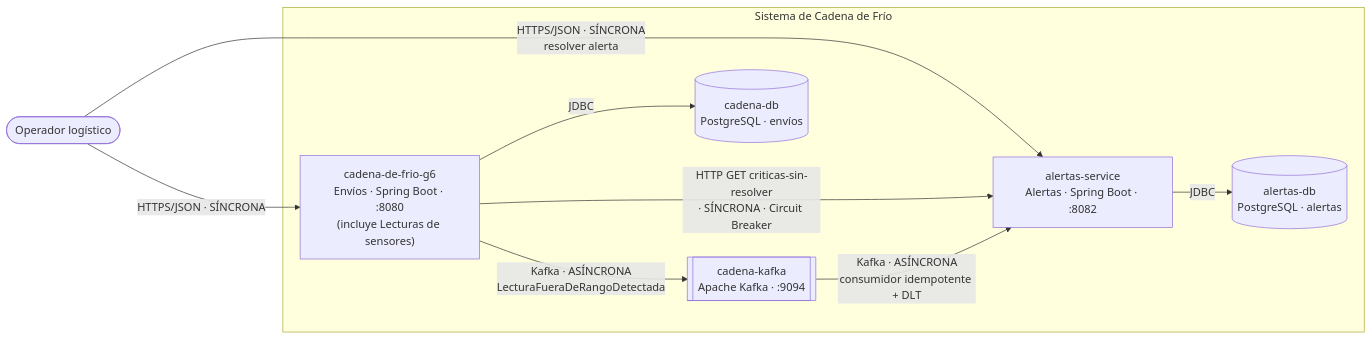
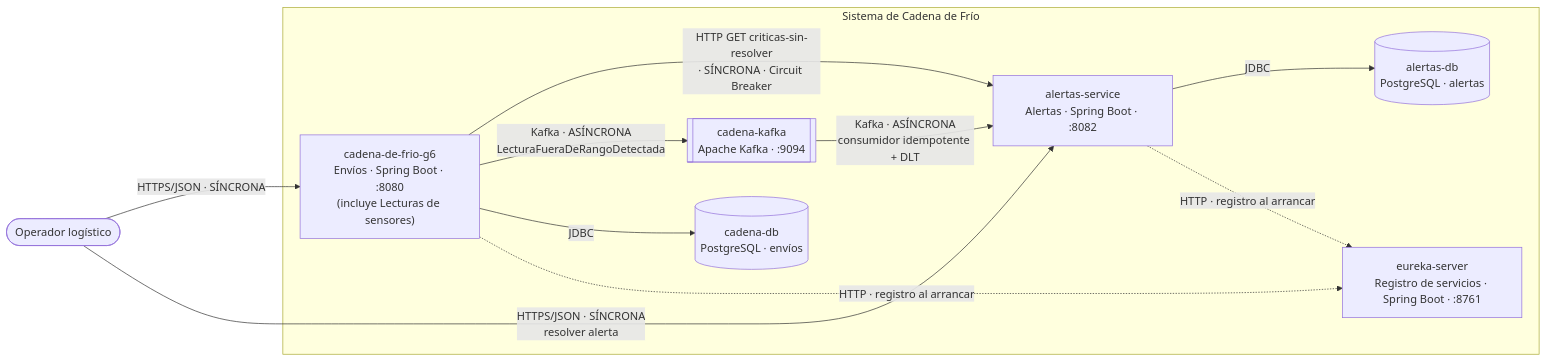
The diagram in Docs/ARQUITECTURA.md (dazasantiago/Proyecto-SWII_Cadena-de-Frio), drawn with Mermaid before and after one commit. The commit also changed other lines of this file and 2 other files, not shown here.

Commit message:
docs: Eureka en ARQUITECTURA, README y CI

````diff
--- a/Docs/ARQUITECTURA.md
+++ b/Docs/ARQUITECTURA.md
@@ -56,20 +59,23 @@
 ```mermaid
 flowchart LR
     operador([Operador logístico])
 
     subgraph sistema [Sistema de Cadena de Frío]
         envios["cadena-de-frio-g6<br/>Envíos · Spring Boot · :8080<br/>(incluye Lecturas de sensores)"]
         alertas["alertas-service<br/>Alertas · Spring Boot · :8082"]
+        eureka["eureka-server<br/>Registro de servicios · Spring Boot · :8761"]
         kafka[["cadena-kafka<br/>Apache Kafka · :9094"]]
         dbEnvios[("cadena-db<br/>PostgreSQL · envíos")]
         dbAlertas[("alertas-db<br/>PostgreSQL · alertas")]
     end
 
     operador -- "HTTPS/JSON · SÍNCRONA" --> envios
     operador -- "HTTPS/JSON · SÍNCRONA<br/>resolver alerta" --> alertas
     envios -- "HTTP GET criticas-sin-resolver<br/>· SÍNCRONA · Circuit Breaker" --> alertas
     envios -- "Kafka · ASÍNCRONA<br/>LecturaFueraDeRangoDetectada" --> kafka
     kafka -- "Kafka · ASÍNCRONA<br/>consumidor idempotente + DLT" --> alertas
     envios -- "JDBC" --> dbEnvios
     alertas -- "JDBC" --> dbAlertas
+    envios -.->|"HTTP · registro al arrancar"| eureka
+    alertas -.->|"HTTP · registro al arrancar"| eureka
 ```
````
